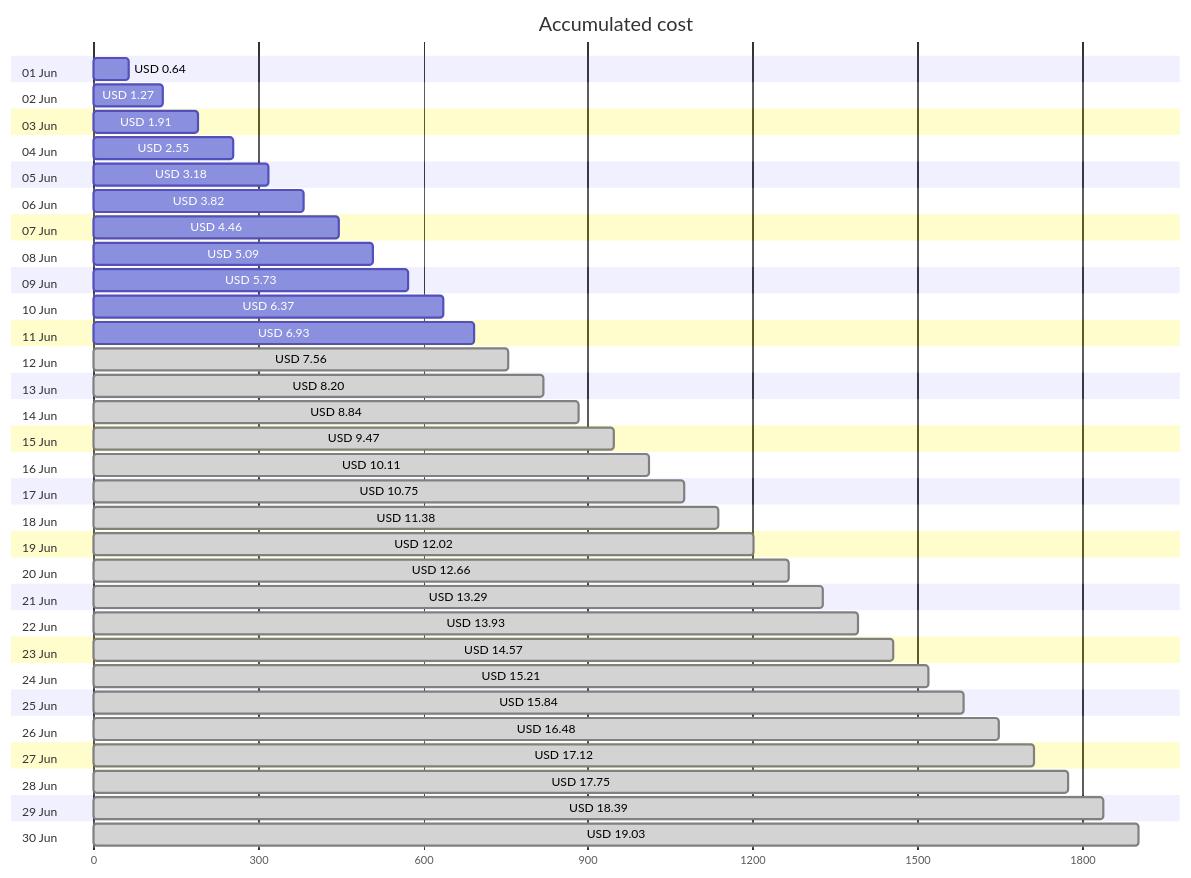
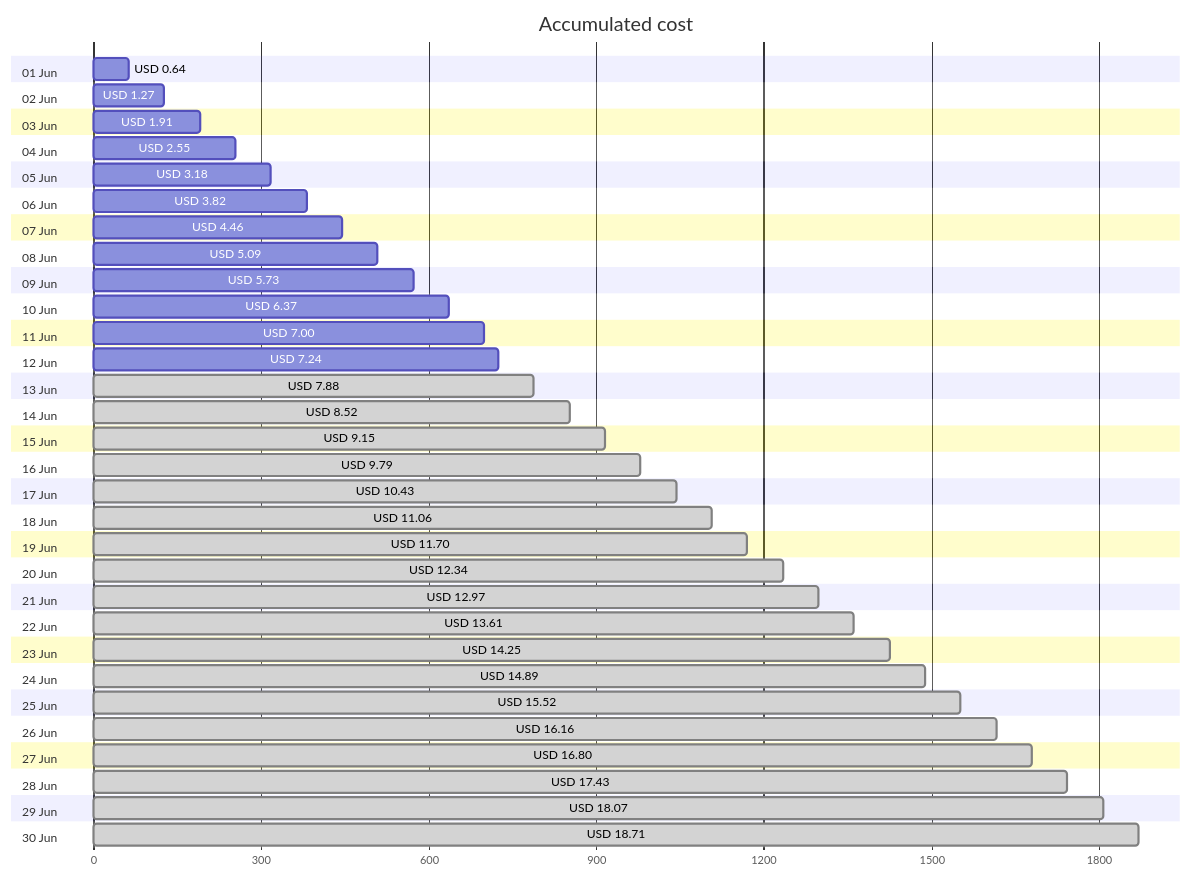
The first of 4 diagrams in cost-reports/accumulated-cost.md (jpfulton/azure-personal-reports), drawn with Mermaid before and after one commit. The commit also changed other lines of this file and 4 other files, not shown here.

````diff
--- a/cost-reports/accumulated-cost.md
+++ b/cost-reports/accumulated-cost.md
@@ -20,66 +20,66 @@
 ```mermaid
 gantt
    title Accumulated cost
    dateFormat  X
    axisFormat %s
    section 01 Jun
    USD 0.64 :0, 64
    section 02 Jun
    USD 1.27 :0, 127
    section 03 Jun
    USD 1.91 :0, 191
    section 04 Jun
    USD 2.55 :0, 255
    section 05 Jun
    USD 3.18 :0, 318
    section 06 Jun
    USD 3.82 :0, 382
    section 07 Jun
    USD 4.46 :0, 446
    section 08 Jun
    USD 5.09 :0, 509
    section 09 Jun
    USD 5.73 :0, 573
    section 10 Jun
    USD 6.37 :0, 637
    section 11 Jun
-   USD 6.93 :0, 693
+   USD 7.00 :0, 700
    section 12 Jun
-   USD 7.56 : done, 0, 756
+   USD 7.24 :0, 724
    section 13 Jun
-   USD 8.20 : done, 0, 820
+   USD 7.88 : done, 0, 788
    section 14 Jun
-   USD 8.84 : done, 0, 884
+   USD 8.52 : done, 0, 852
    section 15 Jun
-   USD 9.47 : done, 0, 947
+   USD 9.15 : done, 0, 915
    section 16 Jun
-   USD 10.11 : done, 0, 1011
+   USD 9.79 : done, 0, 979
    section 17 Jun
-   USD 10.75 : done, 0, 1075
+   USD 10.43 : done, 0, 1043
    section 18 Jun
-   USD 11.38 : done, 0, 1138
+   USD 11.06 : done, 0, 1106
    section 19 Jun
-   USD 12.02 : done, 0, 1202
+   USD 11.70 : done, 0, 1170
    section 20 Jun
-   USD 12.66 : done, 0, 1266
+   USD 12.34 : done, 0, 1234
    section 21 Jun
-   USD 13.29 : done, 0, 1329
+   USD 12.97 : done, 0, 1297
    section 22 Jun
-   USD 13.93 : done, 0, 1393
+   USD 13.61 : done, 0, 1361
    section 23 Jun
-   USD 14.57 : done, 0, 1457
+   USD 14.25 : done, 0, 1425
    section 24 Jun
-   USD 15.21 : done, 0, 1521
+   USD 14.89 : done, 0, 1489
    section 25 Jun
-   USD 15.84 : done, 0, 1584
+   USD 15.52 : done, 0, 1552
    section 26 Jun
-   USD 16.48 : done, 0, 1648
+   USD 16.16 : done, 0, 1616
    section 27 Jun
-   USD 17.12 : done, 0, 1712
+   USD 16.80 : done, 0, 1680
    section 28 Jun
-   USD 17.75 : done, 0, 1775
+   USD 17.43 : done, 0, 1743
    section 29 Jun
-   USD 18.39 : done, 0, 1839
+   USD 18.07 : done, 0, 1807
    section 30 Jun
-   USD 19.03 : done, 0, 1903
+   USD 18.71 : done, 0, 1871
 ```
````
